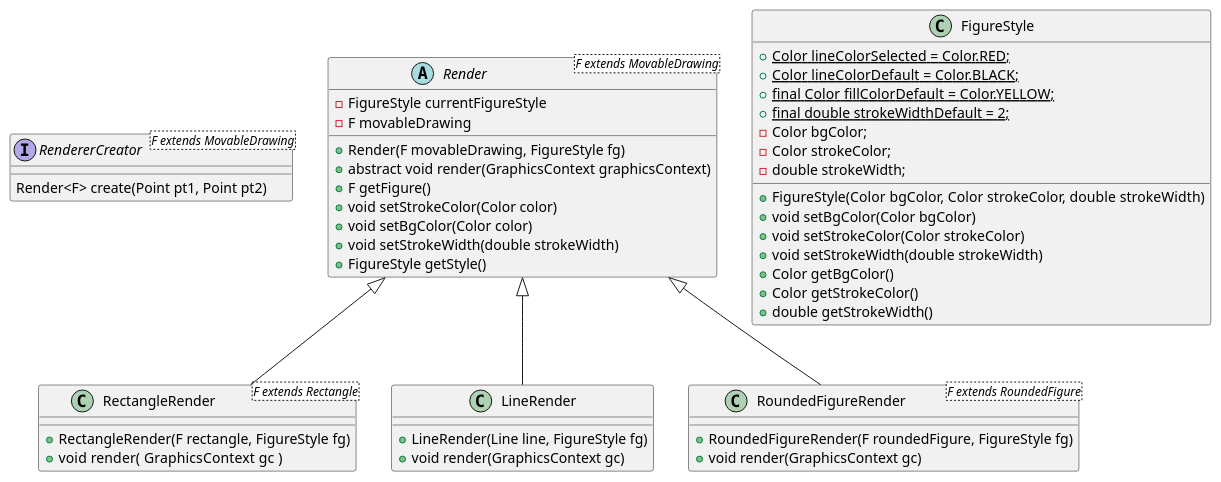
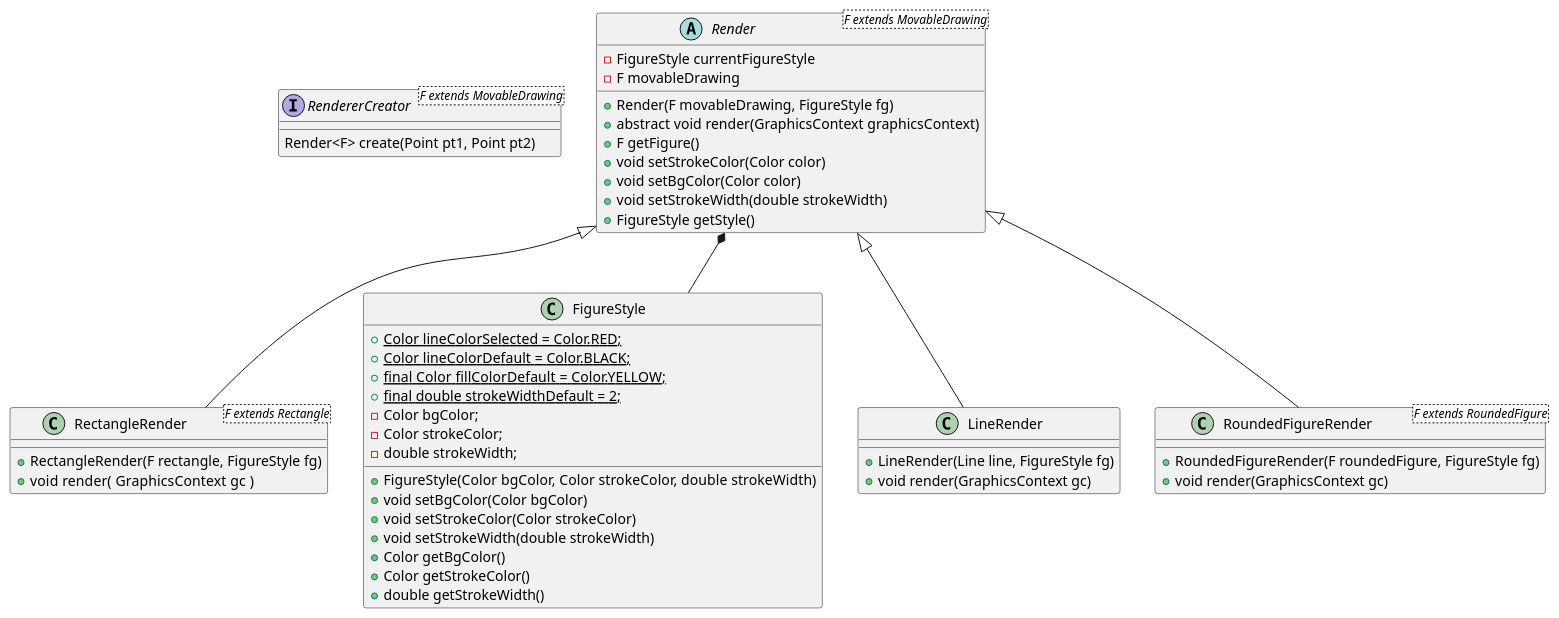
The diagram in src/main/java/frontend/UML's/Renderers.puml (camilaDiToro/PAINT-TP-FINAL-POO), drawn with PlantUML before and after one commit. The commit also changed 6 other files, not shown here.

```diff
--- a/src/main/java/frontend/UML's/Renderers.puml
+++ b/src/main/java/frontend/UML's/Renderers.puml
@@ -1,57 +1,59 @@
 @startuml
 'https://plantuml.com/sequence-diagram
 
 interface RendererCreator<F extends MovableDrawing> {
     Render<F> create(Point pt1, Point pt2)
 }
 
 abstract class Render<F extends MovableDrawing> {
     -FigureStyle currentFigureStyle
     -F movableDrawing
 
    +Render(F movableDrawing, FigureStyle fg)
    +abstract void render(GraphicsContext graphicsContext)
    +F getFigure()
    +void setStrokeColor(Color color)
    +void setBgColor(Color color)
    +void setStrokeWidth(double strokeWidth)
    +FigureStyle getStyle()
 }
 
 class RectangleRender<F extends Rectangle> extends Render {
 
     +RectangleRender(F rectangle, FigureStyle fg)
     +void render( GraphicsContext  gc )
 }
+
+Render *-- FigureStyle
 
 class LineRender extends Render{
     +LineRender(Line line, FigureStyle fg)
     +void render(GraphicsContext gc)
 }
 
 class RoundedFigureRender<F extends RoundedFigure> extends Render {
     + RoundedFigureRender(F roundedFigure, FigureStyle fg)
     + void render(GraphicsContext gc)
 }
 
 class FigureStyle {
 
     +{static} Color lineColorSelected = Color.RED;
     +{static} Color lineColorDefault = Color.BLACK;
     +{static} final Color fillColorDefault = Color.YELLOW;
     +{static} final double strokeWidthDefault = 2;
     - Color bgColor;
     - Color strokeColor;
     - double strokeWidth;
 
 
     + FigureStyle(Color bgColor, Color strokeColor, double strokeWidth)
     + void setBgColor(Color bgColor)
     + void setStrokeColor(Color strokeColor)
     + void setStrokeWidth(double strokeWidth)
     + Color getBgColor()
     + Color getStrokeColor()
     + double getStrokeWidth()
 }
 
 @enduml
```
